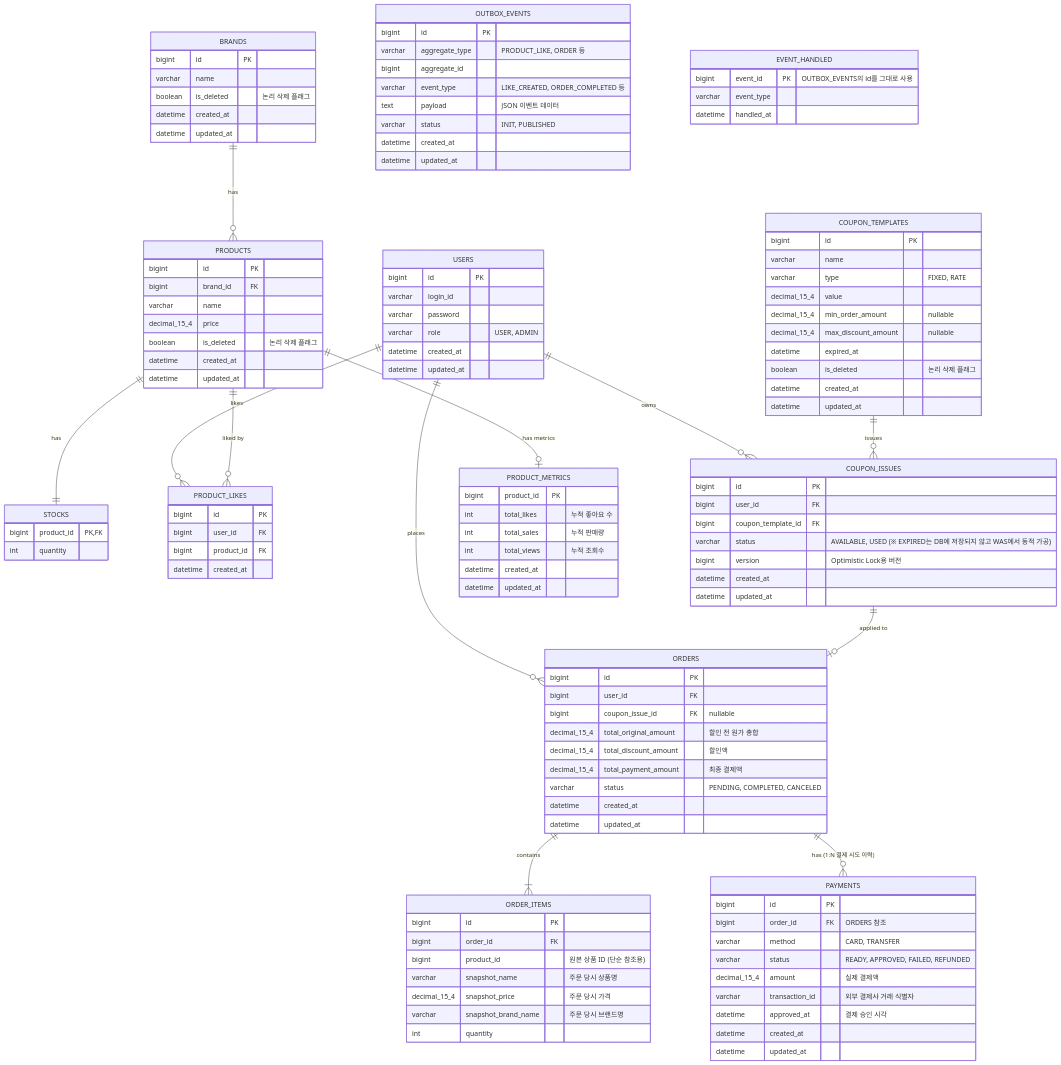
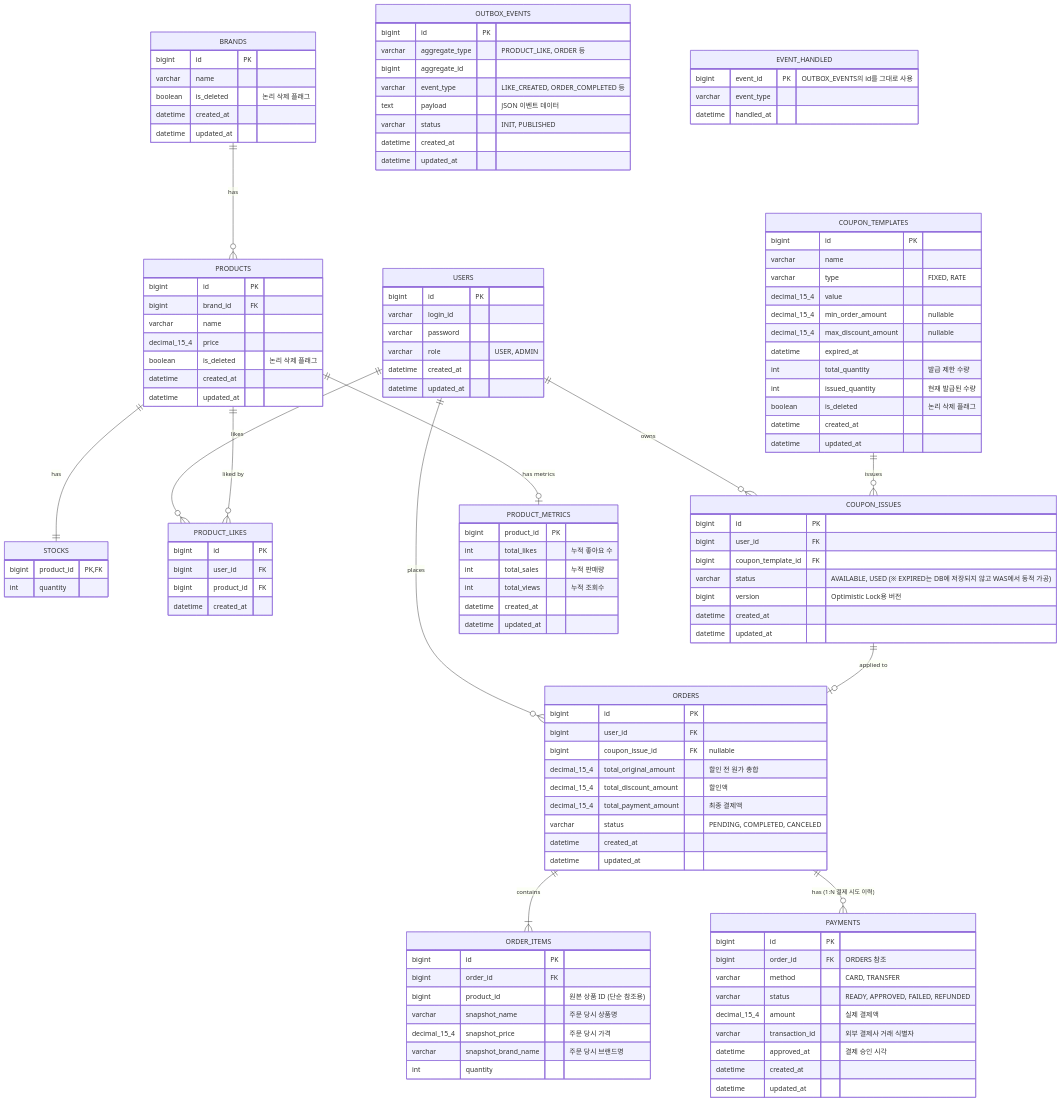
The diagram in docs/week2/04-erd.md (eelseungmin/loop-pack-be-l2-vol4-java), drawn with Mermaid before and after one commit. The commit also changed 3 other files, not shown here.

```diff
--- a/docs/week2/04-erd.md
+++ b/docs/week2/04-erd.md
@@ -48,6 +48,8 @@
         decimal_15_4 min_order_amount "nullable"
         decimal_15_4 max_discount_amount "nullable"
         datetime expired_at
+        int total_quantity "발급 제한 수량"
+        int issued_quantity "현재 발급된 수량"
         boolean is_deleted "논리 삭제 플래그"
         datetime created_at
         datetime updated_at
```
